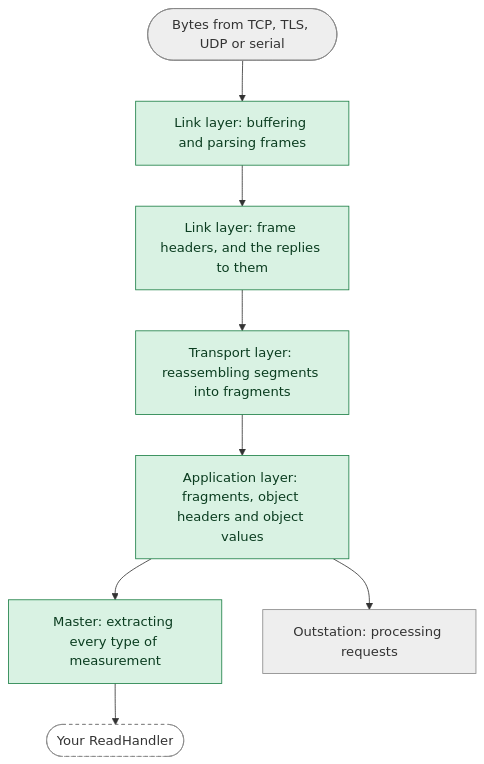
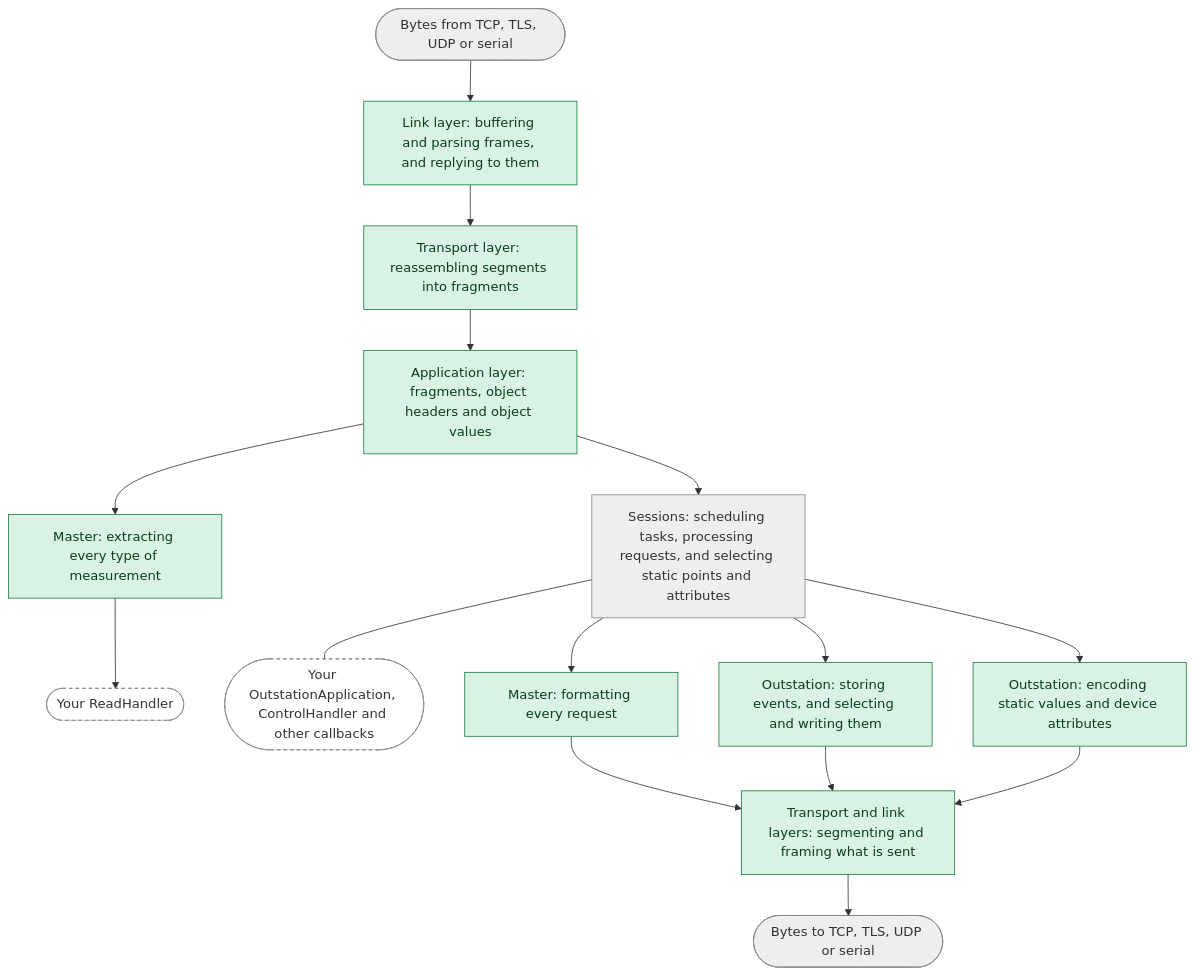
The diagram in guide/docs/about/security.mdx (stepfunc/dnp3), drawn with Mermaid before and after one commit. The commit also changed other lines of this file, not shown here.

Commit message:
Show the proven send path in the security page's no-panic diagram

````diff
--- a/guide/docs/about/security.mdx
+++ b/guide/docs/about/security.mdx
@@ -57,17 +63,27 @@
 ```mermaid
 flowchart TD
     bytes(["Bytes from TCP, TLS, UDP or serial"]):::outside
-    reader["Link layer: buffering and parsing frames"]:::proven
-    frames["Link layer: frame headers, and the replies to them"]:::proven
+    reader["Link layer: buffering and parsing frames, and replying to them"]:::proven
     transport["Transport layer: reassembling segments into fragments"]:::proven
     app["Application layer: fragments, object headers and object values"]:::proven
     master["Master: extracting every type of measurement"]:::proven
-    outstation["Outstation: processing requests"]:::outside
-    handler(["Your ReadHandler"]):::user
-    bytes --> reader --> frames --> transport --> app
-    app --> master --> handler
-    app --> outstation
+    readhandler(["Your ReadHandler"]):::user
+    session["Sessions: scheduling tasks, processing requests, and selecting static points and attributes"]:::outside
+    handlers(["Your OutstationApplication, ControlHandler and other callbacks"]):::user
+    requests["Master: formatting every request"]:::proven
+    events["Outstation: storing events, and selecting and writing them"]:::proven
+    values["Outstation: encoding static values and device attributes"]:::proven
+    framing["Transport and link layers: segmenting and framing what is sent"]:::proven
+    sent(["Bytes to TCP, TLS, UDP or serial"]):::outside
+    bytes --> reader --> transport --> app
+    app --> master --> readhandler
+    app --> session
+    session --- handlers
+    session --> requests --> framing
+    session --> events --> framing
+    session --> values --> framing
+    framing --> sent
     classDef proven fill:#d9f2e3,stroke:#1b7f45,color:#0b3d20
     classDef outside fill:#eeeeee,stroke:#888888,color:#333333
     classDef user fill:#ffffff,stroke:#888888,stroke-dasharray:4 4,color:#333333
 ```
````
